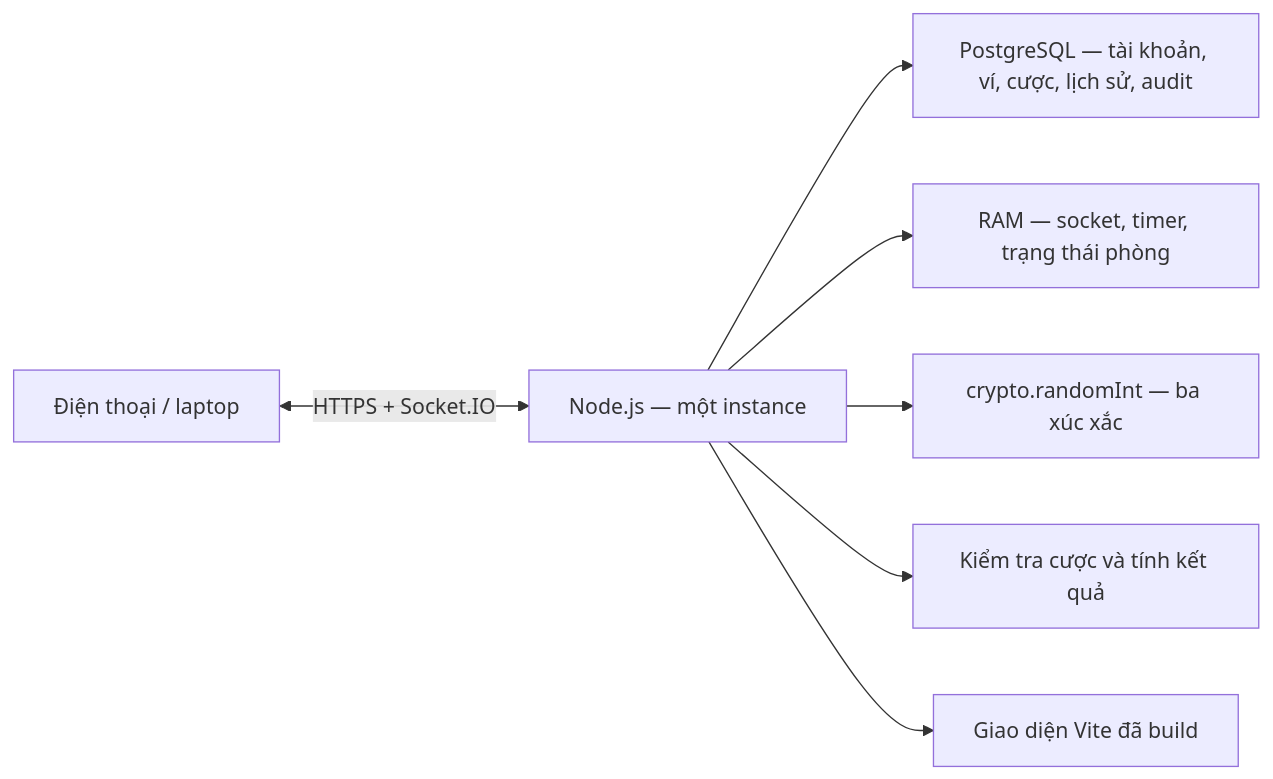
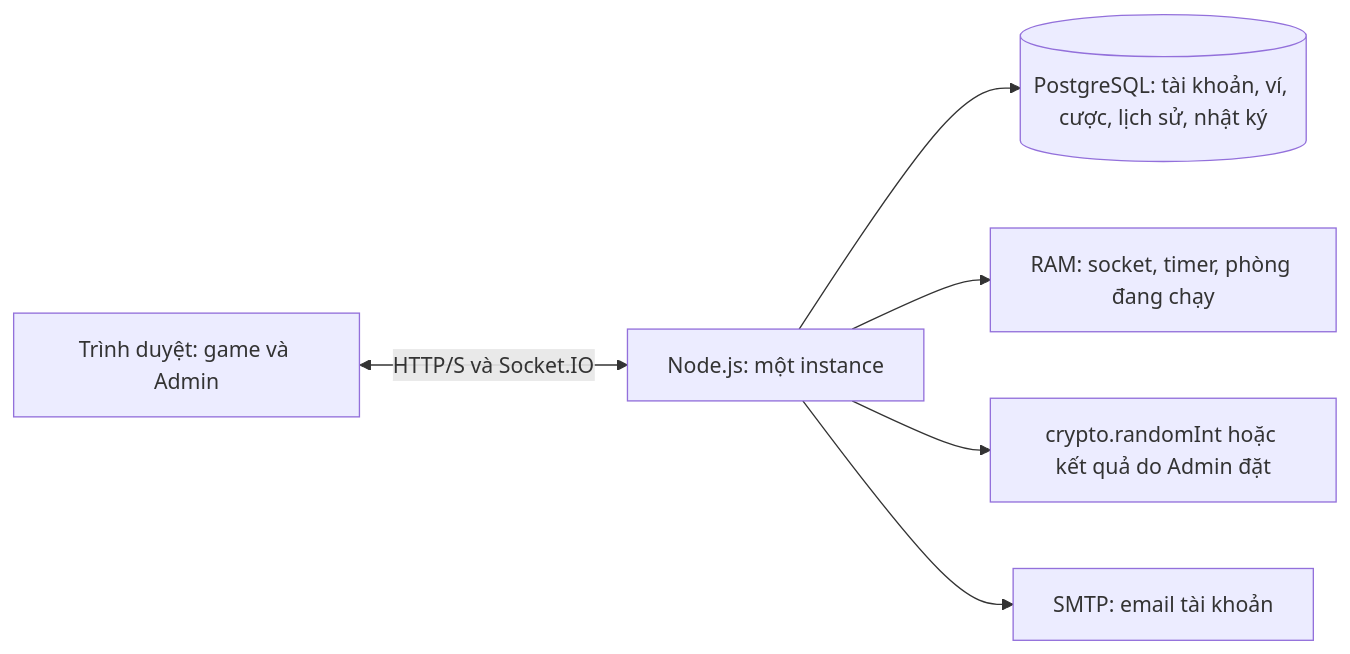
One commit to xthien666/BAU-CUA-ARENA-ONLINE changed the diagram in README.md. Above: the diagram before and after it, drawn with Mermaid. The commit also changed other lines of this file, not shown here.

````diff
--- a/README.md
+++ b/README.md
@@ -48,9 +60,8 @@
 ```mermaid
 flowchart LR
-  A[Điện thoại / laptop] <-->|HTTPS + Socket.IO| B[Node.js — một instance]
-  B --> C[PostgreSQL — tài khoản, ví, cược, lịch sử, audit]
-  B --> R[RAM — socket, timer, trạng thái phòng]
-  B --> D[crypto.randomInt — ba xúc xắc]
-  B --> E[Kiểm tra cược và tính kết quả]
-  B --> F[Giao diện Vite đã build]
+  Browser[Trình duyệt: game và Admin] <-->|HTTP/S và Socket.IO| Server[Node.js: một instance]
+  Server --> DB[(PostgreSQL: tài khoản, ví, cược, lịch sử, nhật ký)]
+  Server --> RAM[RAM: socket, timer, phòng đang chạy]
+  Server --> Dice[crypto.randomInt hoặc kết quả do Admin đặt]
+  Server --> Mail[SMTP: email tài khoản]
 ```
````
